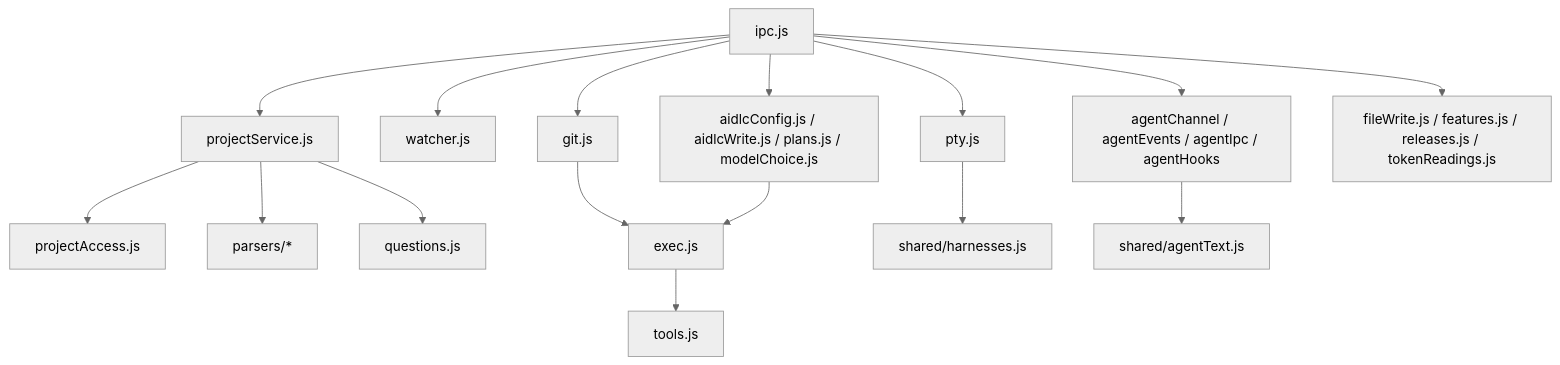
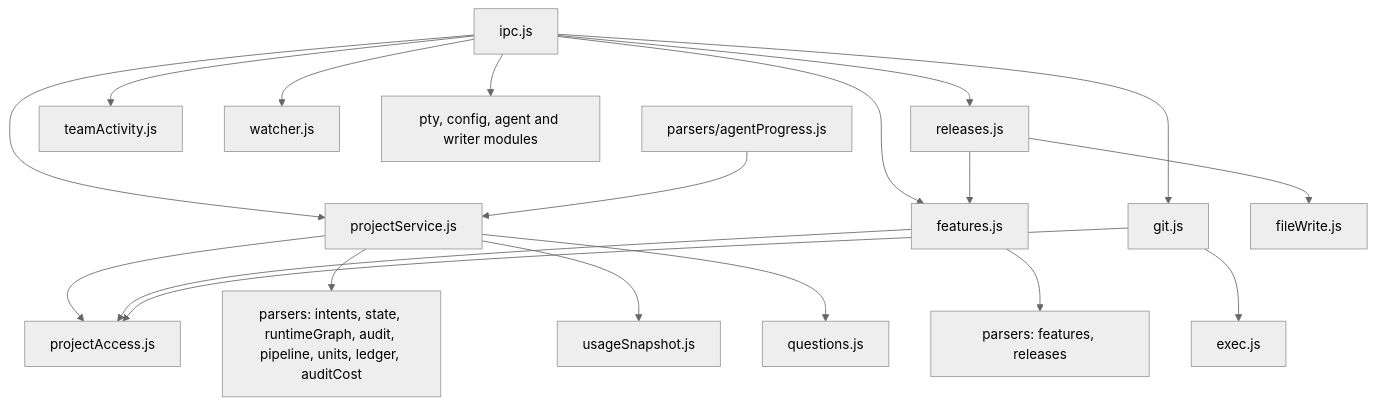
One commit to tochman/ai-dlc-thadeus changed the diagram in aidlc/spaces/default/codekb/aidlc-dash/dependencies.md. Above: the diagram before and after it, drawn with Mermaid (neutral theme). The commit also changed other lines of this file and 57 other files, not shown here.

````diff
--- a/aidlc/spaces/default/codekb/aidlc-dash/dependencies.md
+++ b/aidlc/spaces/default/codekb/aidlc-dash/dependencies.md
@@ -7,18 +7,21 @@
 ```mermaid
 flowchart TD
   IPC[ipc.js] --> PS[projectService.js]
+  IPC --> FL[features.js]
+  IPC --> RS[releases.js]
+  IPC --> GIT[git.js]
+  IPC --> TA[teamActivity.js]
   IPC --> W[watcher.js]
-  IPC --> PTY[pty.js]
-  IPC --> GIT[git.js]
-  IPC --> CFG[aidlcConfig.js / aidlcWrite.js / plans.js / modelChoice.js]
-  IPC --> AG[agentChannel / agentEvents / agentIpc / agentHooks]
-  IPC --> FW[fileWrite.js / features.js / releases.js / tokenReadings.js]
+  IPC --> OTHER[pty, config, agent and writer modules]
   PS --> PA[projectAccess.js]
-  PS --> P[parsers/*]
+  PS --> P[parsers: intents, state, runtimeGraph, audit, pipeline, units, ledger, auditCost]
+  PS --> US[usageSnapshot.js]
   PS --> Q[questions.js]
+  FL --> PA
+  FL --> PF[parsers: features, releases]
+  RS --> FL
+  RS --> FW[fileWrite.js]
   GIT --> EX[exec.js]
-  CFG --> EX
-  PTY --> H[shared/harnesses.js]
-  EX --> T[tools.js]
-  AG --> AT[shared/agentText.js]
+  GIT --> PA
+  AP[parsers/agentProgress.js] --> PS
 ```
````
